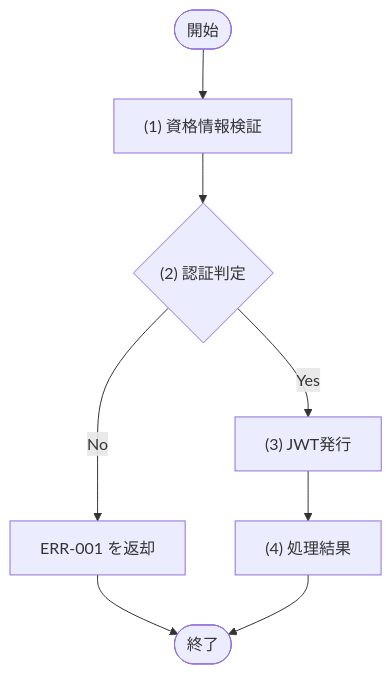
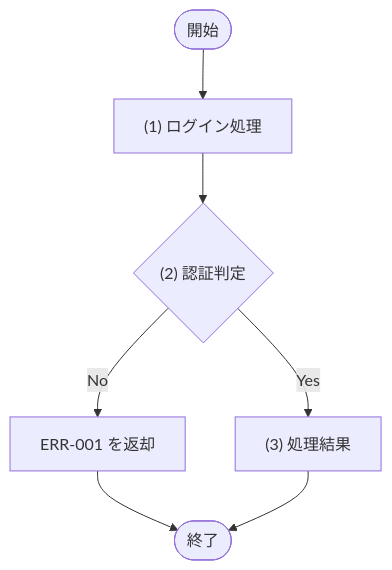
One commit to sikakou54/system-document-template changed the diagram in docs/03_機能設計/03_API設計/API-001_ログイン.md. Above: the diagram before and after it, drawn with Mermaid. The commit also changed other lines of this file and 38 other files, not shown here.

````diff
--- a/docs/03_機能設計/03_API設計/API-001_ログイン.md
+++ b/docs/03_機能設計/03_API設計/API-001_ログイン.md
@@ -41,14 +41,13 @@
 ```mermaid
 flowchart TD
   Start([開始])
-  P1["(1) 資格情報検証"]
+  P1["(1) ログイン処理"]
   D1{"(2) 認証判定"}
   E1["ERR-001 を返却"]
-  P2["(3) JWT発行"]
-  P3["(4) 処理結果"]
+  P2["(3) 処理結果"]
   End([終了])
 
   Start --> P1 --> D1
   D1 -- "No" --> E1 --> End
-  D1 -- "Yes" --> P2 --> P3 --> End
+  D1 -- "Yes" --> P2 --> End
 ```
````
